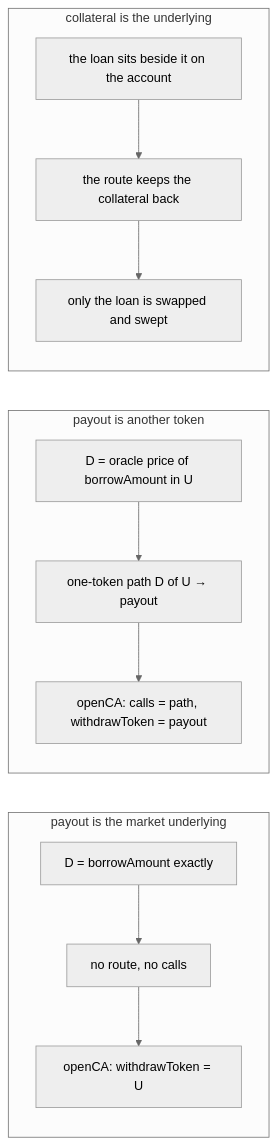
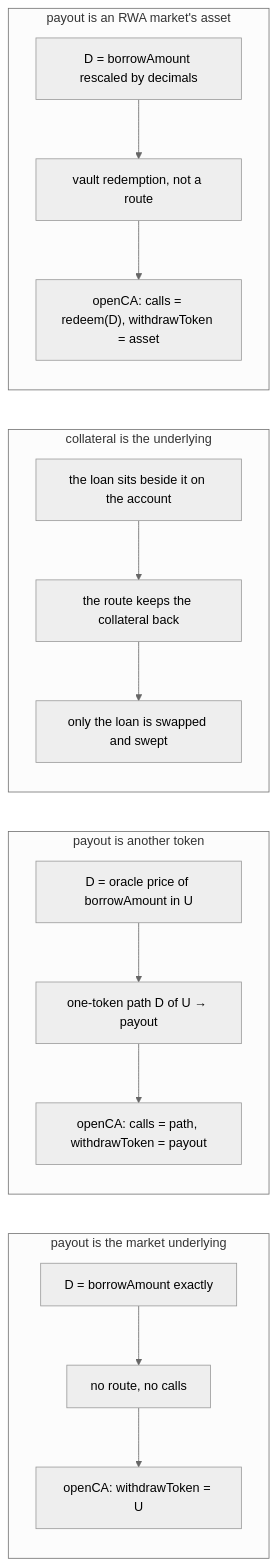
One commit to Gearbox-protocol/sdk changed the second of 2 diagrams in docs/intents/borrow.md. Above: the diagram before and after it, drawn with Mermaid (neutral theme). The commit also changed other lines of this file and 5 other files, not shown here.

Commit message:
fix: unwrap rwa underlying in borrow action

````diff
--- a/docs/intents/borrow.md
+++ b/docs/intents/borrow.md
@@ -78,12 +80,15 @@
 ```mermaid
 flowchart LR
   subgraph a["payout is the market underlying"]
     a1["D = borrowAmount exactly"] --> a2["no route, no calls"] --> a3["openCA: withdrawToken = U"]
   end
   subgraph b["payout is another token"]
     b1["D = oracle price of borrowAmount in U"] --> b2["one-token path D of U → payout"] --> b3["openCA: calls = path, withdrawToken = payout"]
   end
   subgraph c["collateral is the underlying"]
     c1["the loan sits beside it on the account"] --> c2["the route keeps the collateral back"] --> c3["only the loan is swapped and swept"]
   end
+  subgraph d["payout is an RWA market's asset"]
+    d1["D = borrowAmount rescaled by decimals"] --> d2["vault redemption, not a route"] --> d3["openCA: calls = redeem(D), withdrawToken = asset"]
+  end
 ```
````
